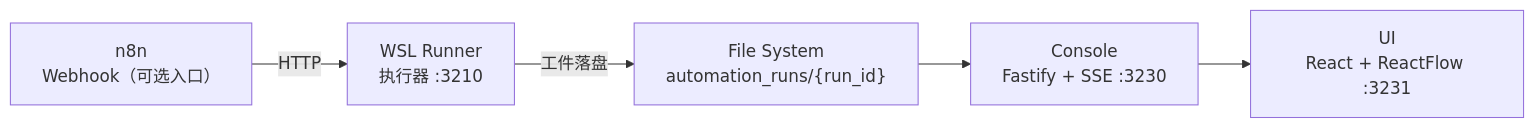
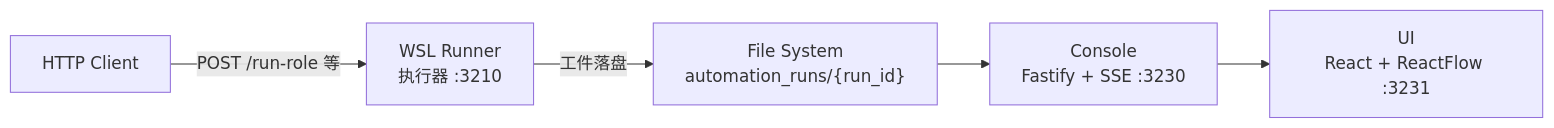
The diagram in workflows/reusable/pipeline-sys/README.md (angelash/Footnote), drawn with Mermaid before and after one commit. The commit also changed other lines of this file and 59 other files, not shown here.

````diff
--- a/workflows/reusable/pipeline-sys/README.md
+++ b/workflows/reusable/pipeline-sys/README.md
@@ -15,7 +15,7 @@
 ```mermaid
 flowchart LR
-    A["n8n<br/>Webhook（可选入口）"] -->|HTTP| B["WSL Runner<br/>执行器 :3210"]
+    A["HTTP Client"] -->|POST /run-role 等| B["WSL Runner<br/>执行器 :3210"]
     B -->|工件落盘| C["File System<br/>automation_runs/{run_id}"]
     C --> D["Console<br/>Fastify + SSE :3230"]
     D --> E["UI<br/>React + ReactFlow :3231"]
 ```
````
